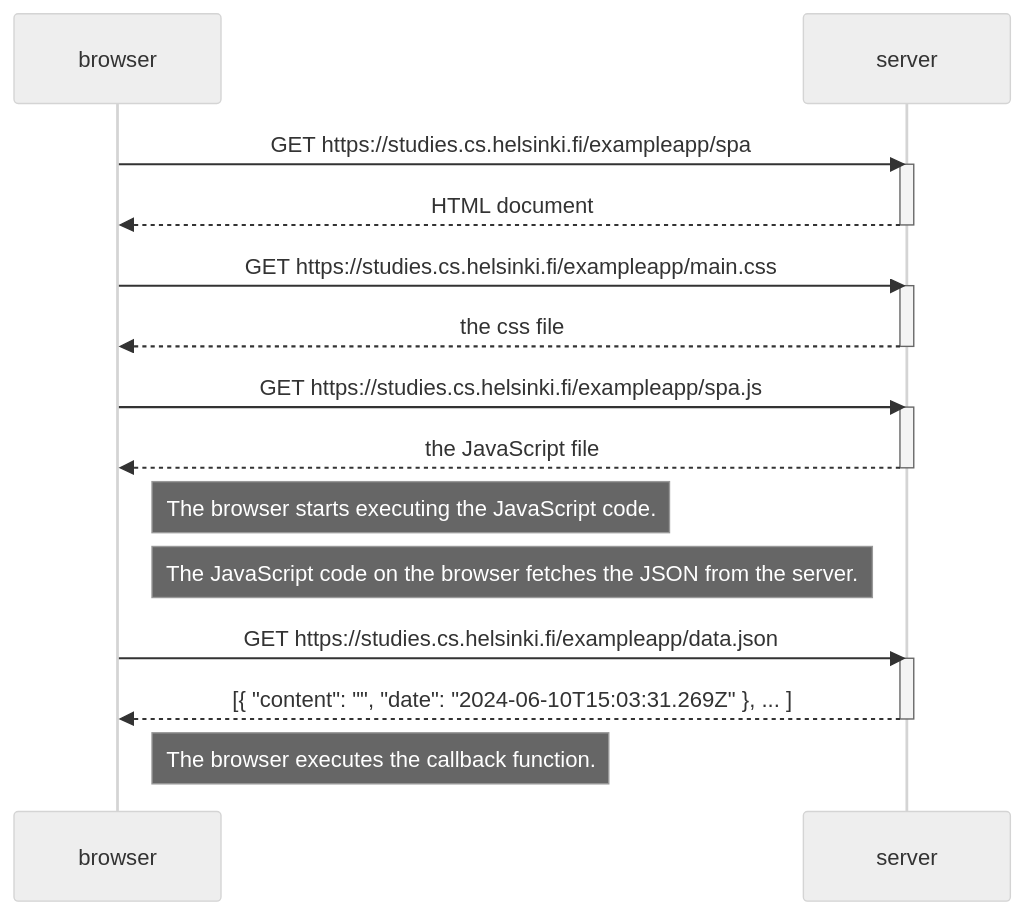
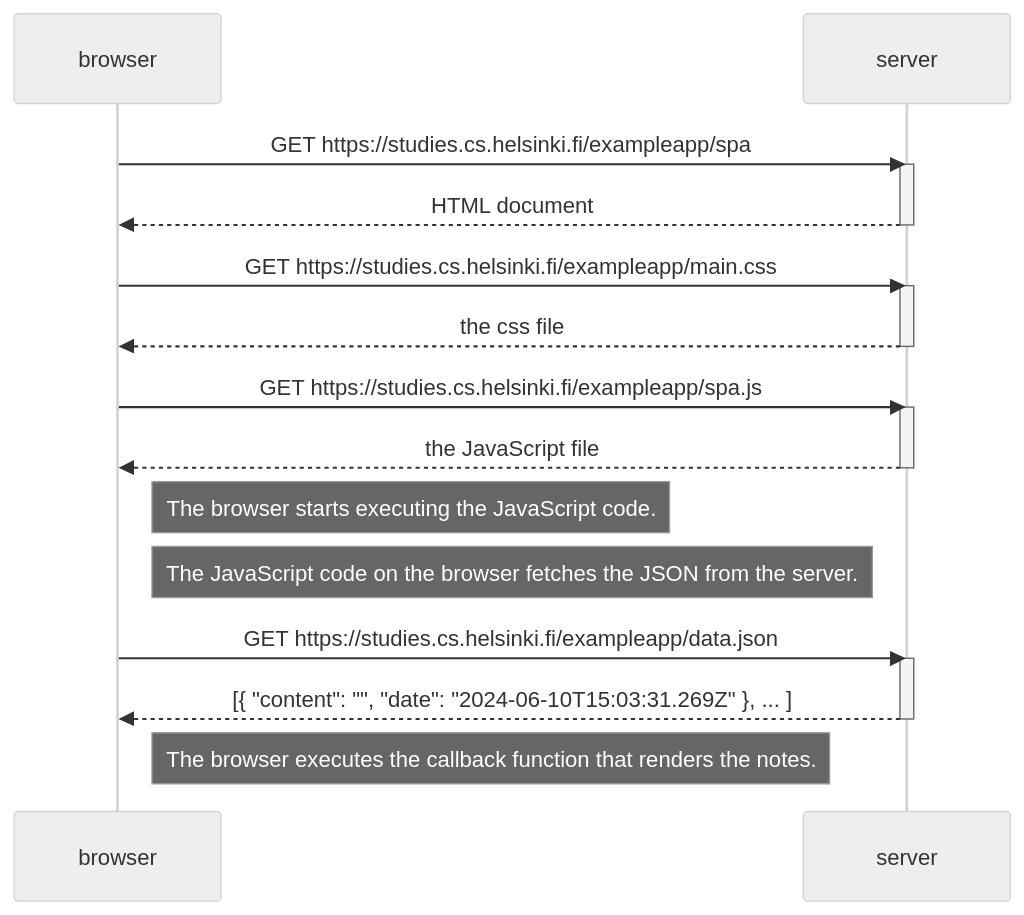
Before and after one commit to tjvalkonen/FullStackOpen: the diagram in Osa0/05_SinglePageApp.md, drawn with Mermaid (neutral theme). The commit also changed 2 other files, not shown here.

Commit message:
Updates on part0

````diff
--- a/Osa0/05_SinglePageApp.md
+++ b/Osa0/05_SinglePageApp.md
@@ -1,31 +1,31 @@
 ```mermaid
 sequenceDiagram
     participant browser
     participant server
 
     browser->>server: GET https://studies.cs.helsinki.fi/exampleapp/spa
     activate server
     server-->>browser: HTML document
     deactivate server
 
     browser->>server: GET https://studies.cs.helsinki.fi/exampleapp/main.css
     activate server
     server-->>browser: the css file
     deactivate server
 
     browser->>server: GET https://studies.cs.helsinki.fi/exampleapp/spa.js
     activate server
     server-->>browser: the JavaScript file
     deactivate server
 Note right of browser: The browser starts executing the JavaScript code.
 
 
 
 Note right of browser: The JavaScript code on the browser fetches the JSON from the server.
     browser->>server: GET https://studies.cs.helsinki.fi/exampleapp/data.json
     activate server
     server-->>browser: [{ "content": "", "date": "2024-06-10T15:03:31.269Z" }, ... ]
     deactivate server
 
-Note right of browser: The browser executes the callback function.
+Note right of browser: The browser executes the callback function that renders the notes.
 ```
````
